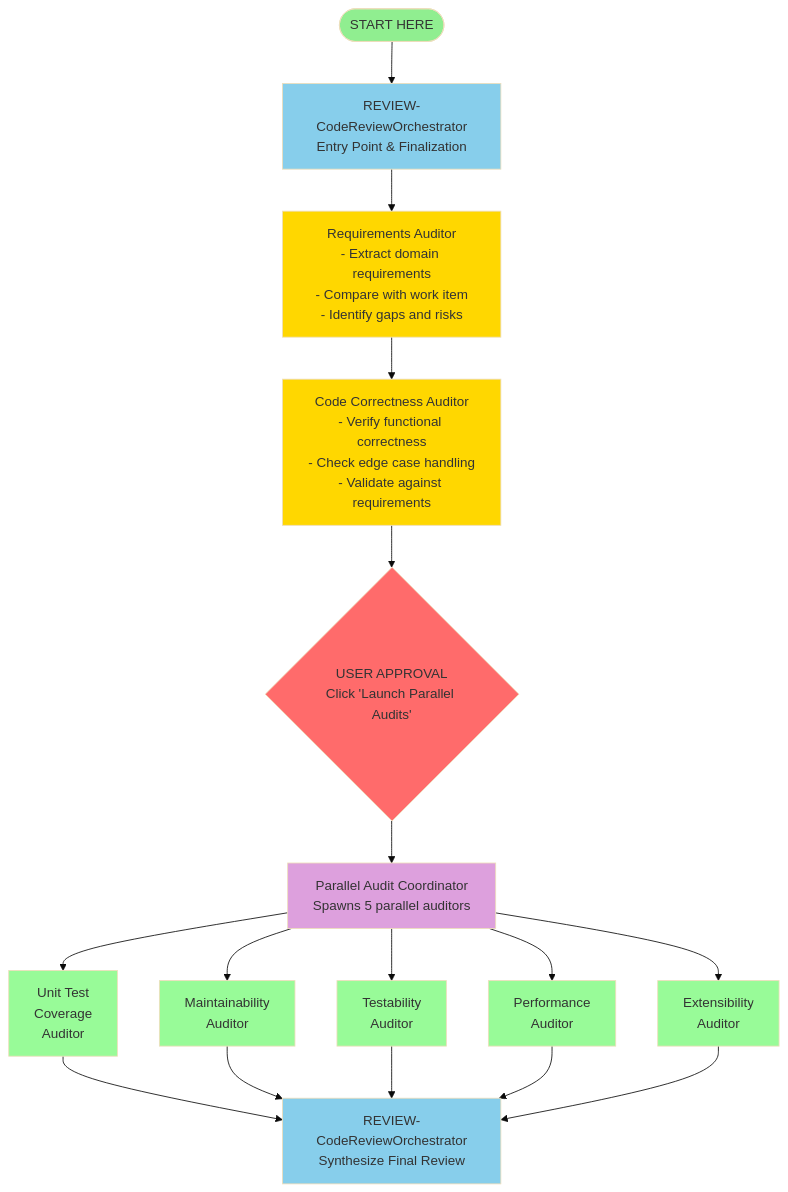
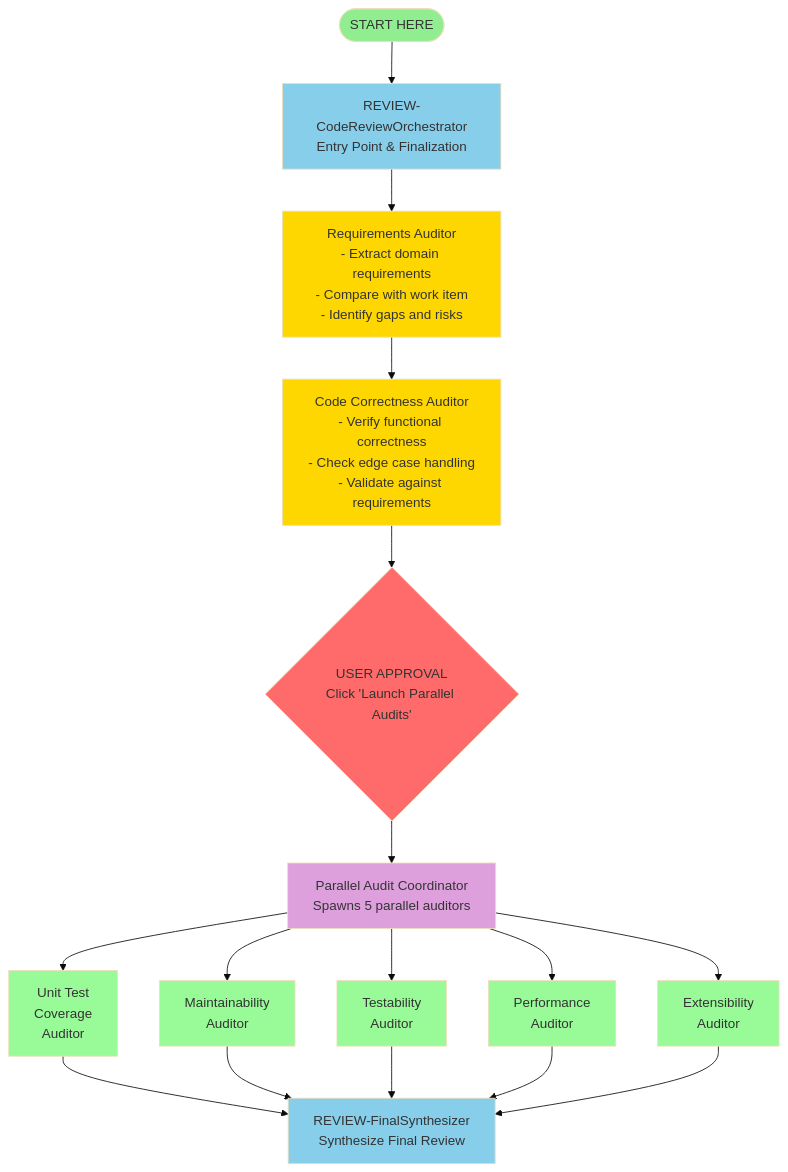
The diagram in feature-overviews/code-review-pipeline/code-review-pipeline.md (bhanford9/vs-code-copilot-tools), drawn with Mermaid (base theme) before and after one commit. The commit also changed other lines of this file and 22 other files, not shown here.

````diff
--- a/feature-overviews/code-review-pipeline/code-review-pipeline.md
+++ b/feature-overviews/code-review-pipeline/code-review-pipeline.md
@@ -15,33 +15,33 @@
 ```mermaid
 flowchart TD
     Start([START HERE]) --> Orchestrator1[REVIEW-CodeReviewOrchestrator<br/>Entry Point & Finalization]
     Orchestrator1 --> Requirements[Requirements Auditor<br/>- Extract domain requirements<br/>- Compare with work item<br/>- Identify gaps and risks]
     Requirements --> Correctness[Code Correctness Auditor<br/>- Verify functional correctness<br/>- Check edge case handling<br/>- Validate against requirements]
     Correctness --> UserApproval{USER APPROVAL<br/>Click 'Launch Parallel Audits'}
     UserApproval --> Coordinator[Parallel Audit Coordinator<br/>Spawns 5 parallel auditors]
     
     Coordinator --> UnitTest[Unit Test<br/>Coverage<br/>Auditor]
     Coordinator --> Maintainability[Maintainability<br/>Auditor]
     Coordinator --> Testability[Testability<br/>Auditor]
     Coordinator --> Performance[Performance<br/>Auditor]
     Coordinator --> Extensibility[Extensibility<br/>Auditor]
     
-    UnitTest --> Orchestrator2[REVIEW-CodeReviewOrchestrator<br/>Synthesize Final Review]
-    Maintainability --> Orchestrator2
-    Testability --> Orchestrator2
-    Performance --> Orchestrator2
-    Extensibility --> Orchestrator2
+    UnitTest --> FinalSynth[REVIEW-FinalSynthesizer<br/>Synthesize Final Review]
+    Maintainability --> FinalSynth
+    Testability --> FinalSynth
+    Performance --> FinalSynth
+    Extensibility --> FinalSynth
     
     style Start fill:#90EE90
     style Orchestrator1 fill:#87CEEB
     style Requirements fill:#FFD700
     style Correctness fill:#FFD700
     style UserApproval fill:#FF6B6B
     style Coordinator fill:#DDA0DD
     style UnitTest fill:#98FB98
     style Maintainability fill:#98FB98
     style Testability fill:#98FB98
     style Performance fill:#98FB98
     style Extensibility fill:#98FB98
-    style Orchestrator2 fill:#87CEEB
+    style FinalSynth fill:#87CEEB
 ```
````
